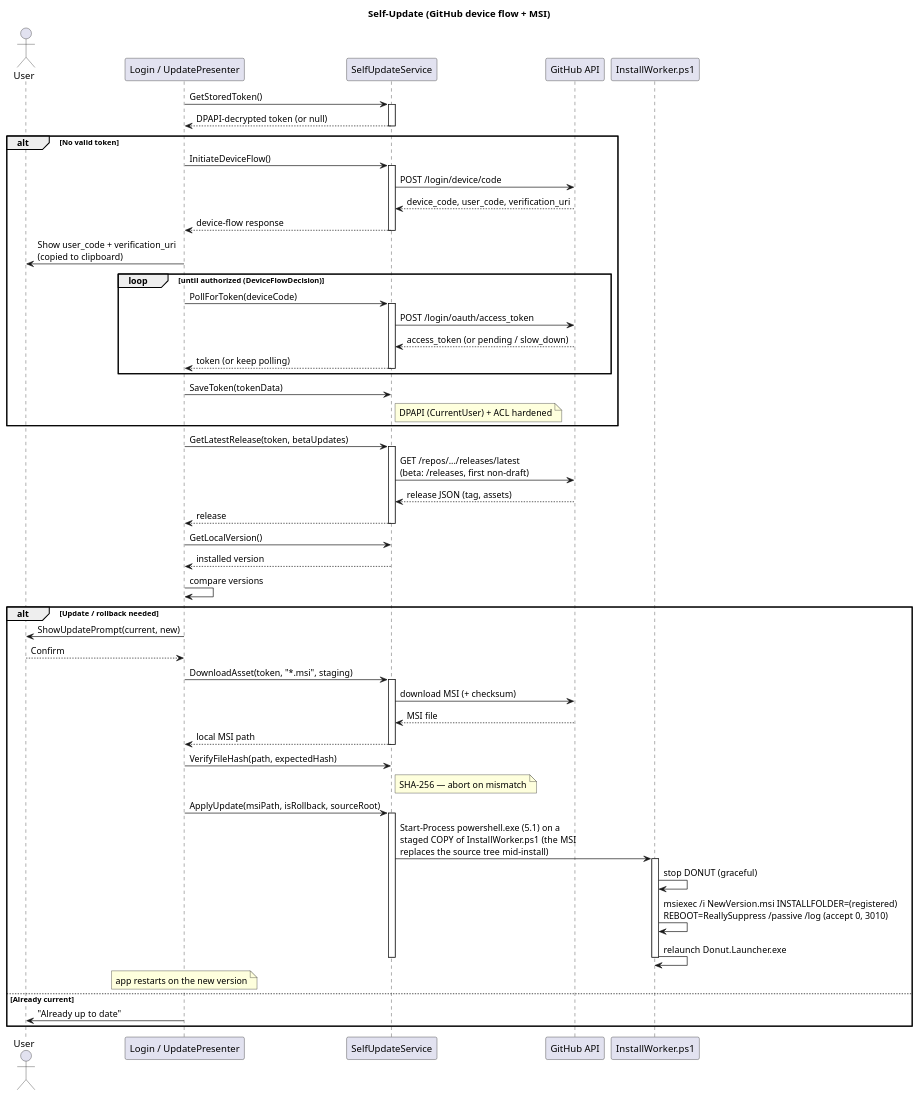
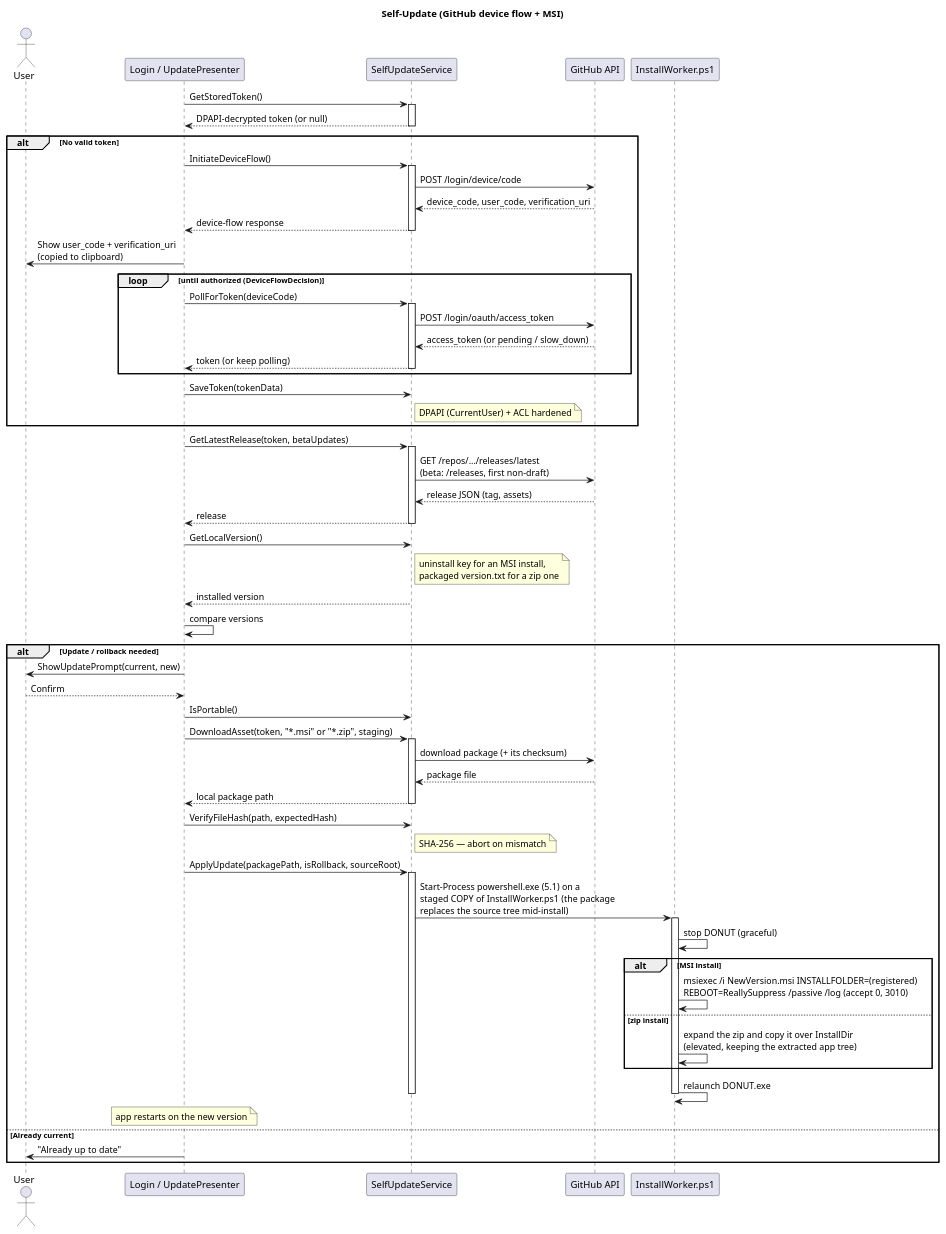
Before and after one commit to Danial-Changez/DONUT: the diagram in docs/diagrams/update_sequence_diagram.puml, drawn with PlantUML. The commit also changed 21 other files, not shown here.

```diff
--- a/docs/diagrams/update_sequence_diagram.puml
+++ b/docs/diagrams/update_sequence_diagram.puml
@@ -1,76 +1,82 @@
 @startuml update_sequence_diagram
 title Self-Update (GitHub device flow + MSI)
 
 actor User
 participant "Login / UpdatePresenter" as Presenter
 participant "SelfUpdateService" as Service
 participant "GitHub API" as GH
 participant "InstallWorker.ps1" as Worker
 
 Presenter -> Service: GetStoredToken()
 activate Service
 Service --> Presenter: DPAPI-decrypted token (or null)
 deactivate Service
 
 alt No valid token
     Presenter -> Service: InitiateDeviceFlow()
     activate Service
     Service -> GH: POST /login/device/code
     GH --> Service: device_code, user_code, verification_uri
     Service --> Presenter: device-flow response
     deactivate Service
 
     Presenter -> User: Show user_code + verification_uri\n(copied to clipboard)
 
     loop until authorized (DeviceFlowDecision)
         Presenter -> Service: PollForToken(deviceCode)
         activate Service
         Service -> GH: POST /login/oauth/access_token
         GH --> Service: access_token (or pending / slow_down)
         Service --> Presenter: token (or keep polling)
         deactivate Service
     end
 
     Presenter -> Service: SaveToken(tokenData)
     note right of Service: DPAPI (CurrentUser) + ACL hardened
 end
 
 Presenter -> Service: GetLatestRelease(token, betaUpdates)
 activate Service
 Service -> GH: GET /repos/.../releases/latest\n(beta: /releases, first non-draft)
 GH --> Service: release JSON (tag, assets)
 Service --> Presenter: release
 deactivate Service
 
 Presenter -> Service: GetLocalVersion()
+note right of Service: uninstall key for an MSI install,\npackaged version.txt for a zip one
 Service --> Presenter: installed version
 Presenter -> Presenter: compare versions
 
 alt Update / rollback needed
     Presenter -> User: ShowUpdatePrompt(current, new)
     User --> Presenter: Confirm
 
-    Presenter -> Service: DownloadAsset(token, "*.msi", staging)
+    Presenter -> Service: IsPortable()
+    Presenter -> Service: DownloadAsset(token, "*.msi" or "*.zip", staging)
     activate Service
-    Service -> GH: download MSI (+ checksum)
-    GH --> Service: MSI file
-    Service --> Presenter: local MSI path
+    Service -> GH: download package (+ its checksum)
+    GH --> Service: package file
+    Service --> Presenter: local package path
     deactivate Service
 
     Presenter -> Service: VerifyFileHash(path, expectedHash)
     note right of Service: SHA-256 — abort on mismatch
 
-    Presenter -> Service: ApplyUpdate(msiPath, isRollback, sourceRoot)
+    Presenter -> Service: ApplyUpdate(packagePath, isRollback, sourceRoot)
     activate Service
-    Service -> Worker: Start-Process powershell.exe (5.1) on a\nstaged COPY of InstallWorker.ps1 (the MSI\nreplaces the source tree mid-install)
+    Service -> Worker: Start-Process powershell.exe (5.1) on a\nstaged COPY of InstallWorker.ps1 (the package\nreplaces the source tree mid-install)
     activate Worker
     Worker -> Worker: stop DONUT (graceful)
-    Worker -> Worker: msiexec /i NewVersion.msi INSTALLFOLDER=(registered)\nREBOOT=ReallySuppress /passive /log (accept 0, 3010)
-    Worker -> Worker: relaunch Donut.Launcher.exe
+    alt MSI install
+        Worker -> Worker: msiexec /i NewVersion.msi INSTALLFOLDER=(registered)\nREBOOT=ReallySuppress /passive /log (accept 0, 3010)
+    else zip install
+        Worker -> Worker: expand the zip and copy it over InstallDir\n(elevated, keeping the extracted app tree)
+    end
+    Worker -> Worker: relaunch DONUT.exe
     deactivate Worker
     deactivate Service
     note over Presenter: app restarts on the new version
 else Already current
     Presenter -> User: "Already up to date"
 end
 @enduml
```
